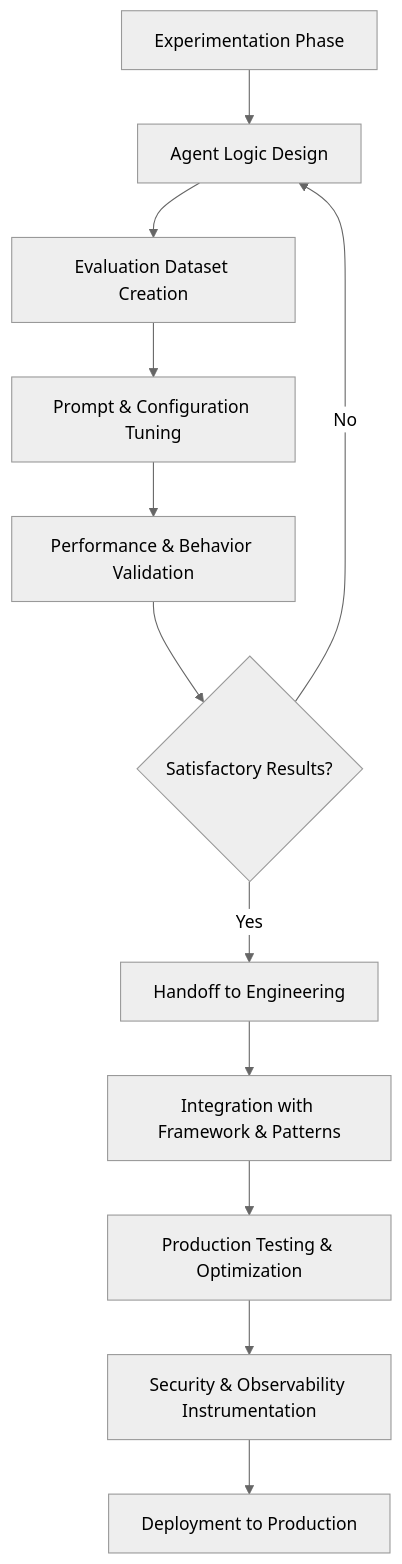
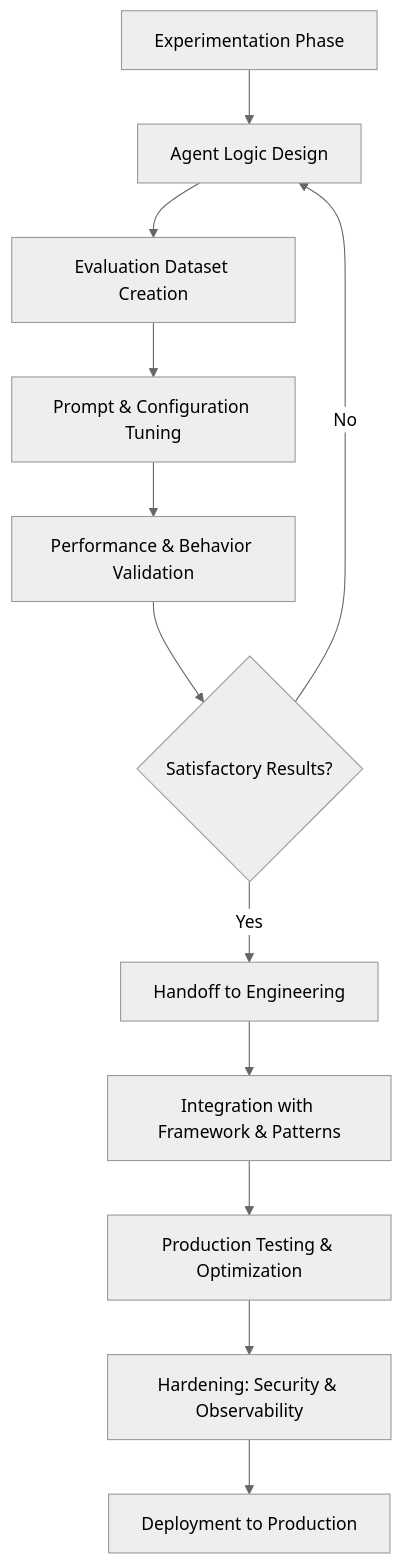
The first of 2 diagrams in docs/governance/Experimentation-To-Productization.md (microsoft/multi-agent-reference-architecture), drawn with Mermaid (neutral theme) before and after one commit.

Commit message:
docs: flow diagram add hardening

````diff
--- a/docs/governance/Experimentation-To-Productization.md
+++ b/docs/governance/Experimentation-To-Productization.md
@@ -29,14 +29,14 @@
 ```mermaid
 flowchart TD
     A[Experimentation Phase] --> B[Agent Logic Design]
     B --> C[Evaluation Dataset Creation]
     C --> D[Prompt & Configuration Tuning]
     D --> E[Performance & Behavior Validation]
     E --> F{Satisfactory Results?}
     F -- No --> B
     F -- Yes --> G[Handoff to Engineering]
     G --> H[Integration with Framework & Patterns]
     H --> I[Production Testing & Optimization]
-    I --> J[Security & Observability Instrumentation]
+    I --> J[Hardening: Security & Observability]
     J --> K[Deployment to Production]
 ```
````
